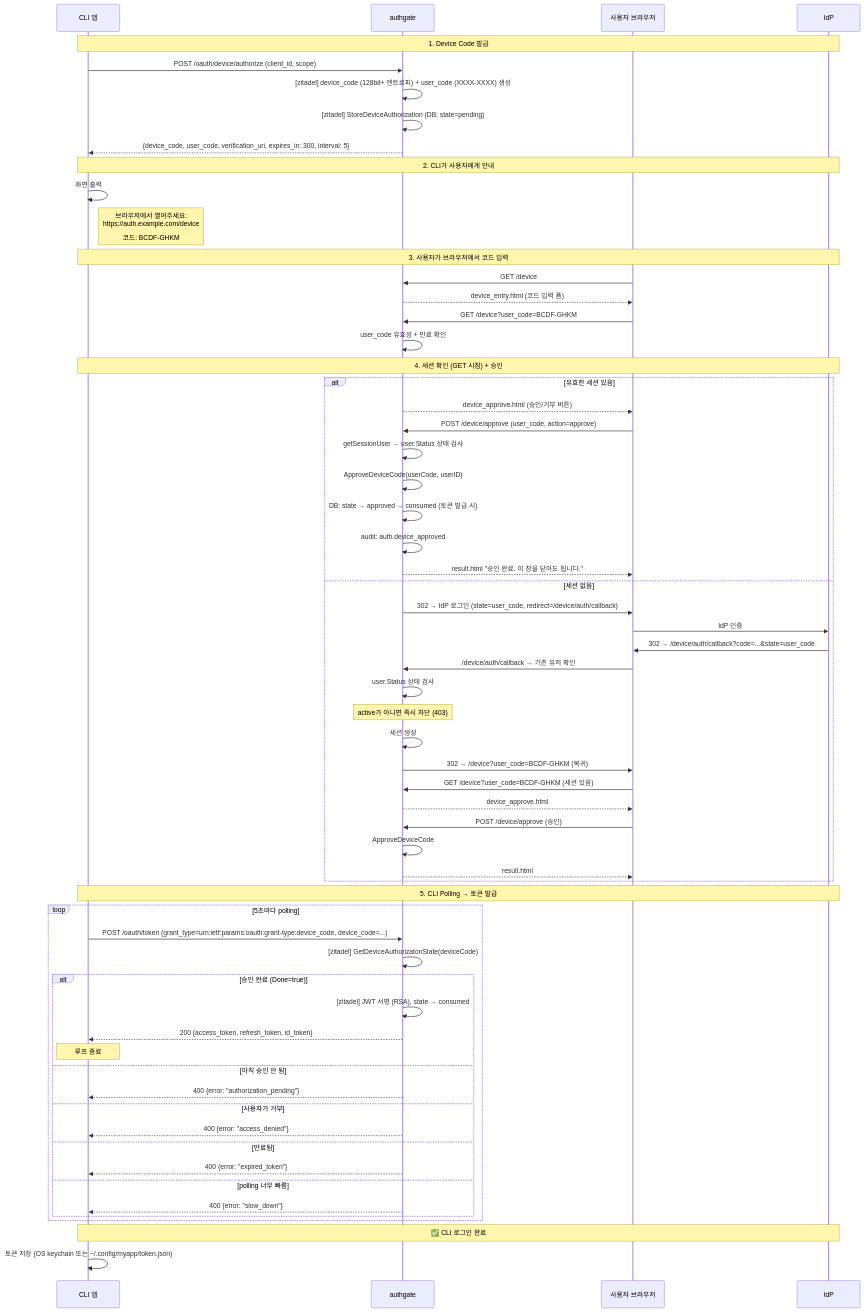
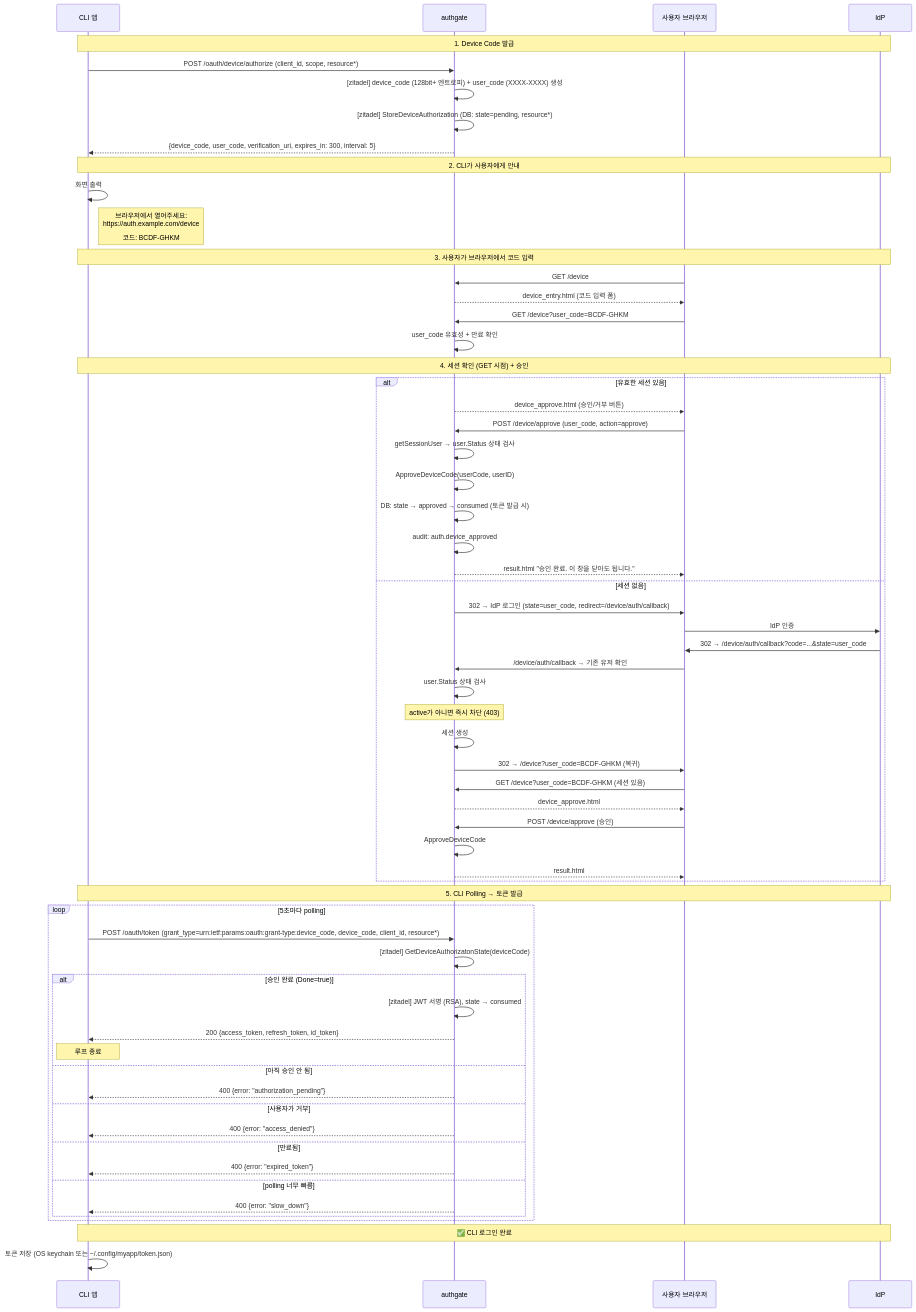
One commit to cagojeiger/authgate changed the first of 2 diagrams in docs/spec/003-device-login.md. Above: the diagram before and after it, drawn with Mermaid. The commit also changed other lines of this file and 23 other files, not shown here.

Commit message:
feat(device): bind MCP resource across device flow (#357)

````diff
--- a/docs/spec/003-device-login.md
+++ b/docs/spec/003-device-login.md
@@ -38,70 +45,70 @@
 ```mermaid
 sequenceDiagram
     participant CLI as CLI 앱
     participant AG as authgate
     participant U as 사용자 브라우저
     participant IdP as IdP
 
     Note over CLI,IdP: 1. Device Code 발급
-    CLI->>AG: POST /oauth/device/authorize (client_id, scope)
+    CLI->>AG: POST /oauth/device/authorize (client_id, scope, resource*)
     AG->>AG: [zitadel] device_code (128bit+ 엔트로피) + user_code (XXXX-XXXX) 생성
-    AG->>AG: [zitadel] StoreDeviceAuthorization (DB: state=pending)
+    AG->>AG: [zitadel] StoreDeviceAuthorization (DB: state=pending, resource*)
     AG-->>CLI: {device_code, user_code, verification_uri, expires_in: 300, interval: 5}
 
     Note over CLI,IdP: 2. CLI가 사용자에게 안내
     CLI->>CLI: 화면 출력
     Note right of CLI: 브라우저에서 열어주세요:<br/>https://auth.example.com/device<br/><br/>코드: BCDF-GHKM
 
     Note over CLI,IdP: 3. 사용자가 브라우저에서 코드 입력
     U->>AG: GET /device
     AG-->>U: device_entry.html (코드 입력 폼)
     U->>AG: GET /device?user_code=BCDF-GHKM
     AG->>AG: user_code 유효성 + 만료 확인
 
     Note over CLI,IdP: 4. 세션 확인 (GET 시점) + 승인
     alt 유효한 세션 있음
         AG-->>U: device_approve.html (승인/거부 버튼)
         U->>AG: POST /device/approve (user_code, action=approve)
         AG->>AG: getSessionUser → user.Status 상태 검사
         AG->>AG: ApproveDeviceCode(userCode, userID)
         AG->>AG: DB: state → approved → consumed (토큰 발급 시)
         AG->>AG: audit: auth.device_approved
         AG-->>U: result.html "승인 완료. 이 창을 닫아도 됩니다."
     else 세션 없음
         AG->>U: 302 → IdP 로그인 (state=user_code, redirect=/device/auth/callback)
         U->>IdP: IdP 인증
         IdP->>U: 302 → /device/auth/callback?code=...&state=user_code
         U->>AG: /device/auth/callback → 기존 유저 확인
         AG->>AG: user.Status 상태 검사
         Note over AG: active가 아니면 즉시 차단 (403)
         AG->>AG: 세션 생성
         AG->>U: 302 → /device?user_code=BCDF-GHKM (복귀)
         U->>AG: GET /device?user_code=BCDF-GHKM (세션 있음)
         AG-->>U: device_approve.html
         U->>AG: POST /device/approve (승인)
         AG->>AG: ApproveDeviceCode
         AG-->>U: result.html
     end
 
     Note over CLI,IdP: 5. CLI Polling → 토큰 발급
     loop 5초마다 polling
-        CLI->>AG: POST /oauth/token (grant_type=urn:ietf:params:oauth:grant-type:device_code, device_code=...)
+        CLI->>AG: POST /oauth/token (grant_type=urn:ietf:params:oauth:grant-type:device_code, device_code, client_id, resource*)
         AG->>AG: [zitadel] GetDeviceAuthorizatonState(deviceCode)
         alt 승인 완료 (Done=true)
             AG->>AG: [zitadel] JWT 서명 (RSA), state → consumed
             AG-->>CLI: 200 {access_token, refresh_token, id_token}
             Note over CLI: 루프 종료
         else 아직 승인 안 됨
             AG-->>CLI: 400 {error: "authorization_pending"}
         else 사용자가 거부
             AG-->>CLI: 400 {error: "access_denied"}
         else 만료됨
             AG-->>CLI: 400 {error: "expired_token"}
         else polling 너무 빠름
             AG-->>CLI: 400 {error: "slow_down"}
         end
     end
 
     Note over CLI,IdP: ✅ CLI 로그인 완료
     CLI->>CLI: 토큰 저장 (OS keychain 또는 ~/.config/myapp/token.json)
 ```
````
